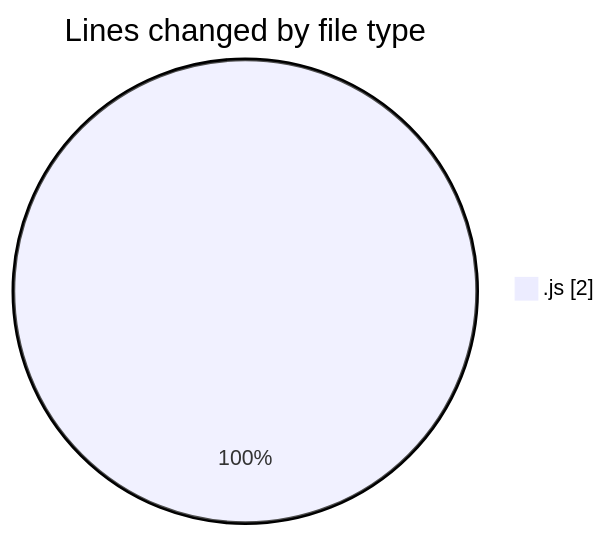
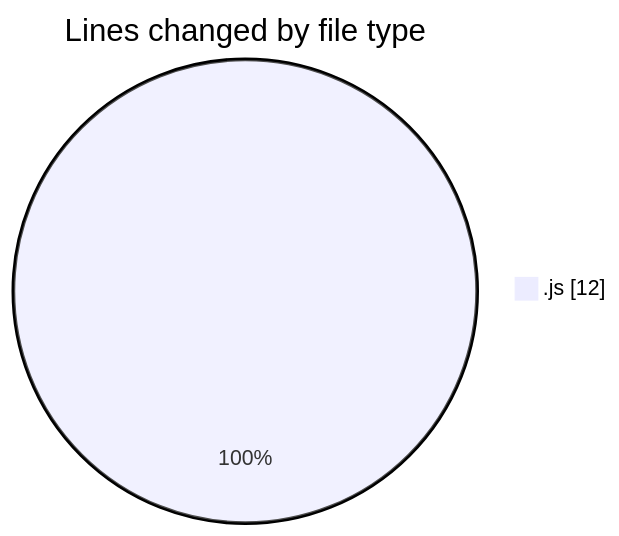
One commit to BS-eng2023/code-tracking changed the first of 2 diagrams in 2025-03-15/jsproject/README.md. Above: the diagram before and after it, drawn with Mermaid. The commit also changed other lines of this file and 1 other file, not shown here.

````diff
--- a/2025-03-15/jsproject/README.md
+++ b/2025-03-15/jsproject/README.md
@@ -20,5 +20,5 @@
 ```mermaid
 pie showData
 title Lines changed by file type
-".js" : 2
+".js" : 12
 ```
````
